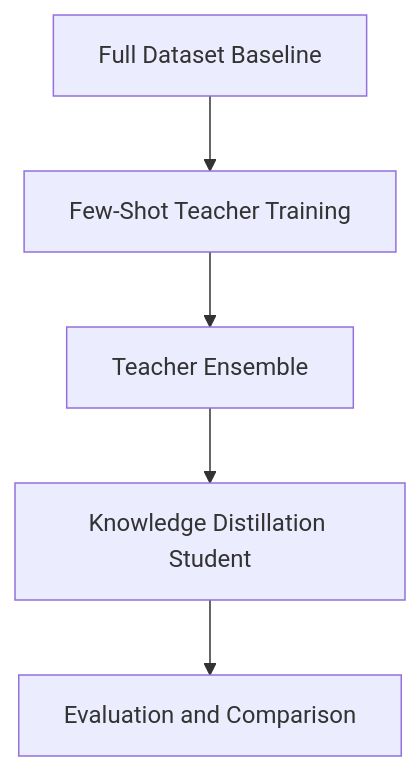
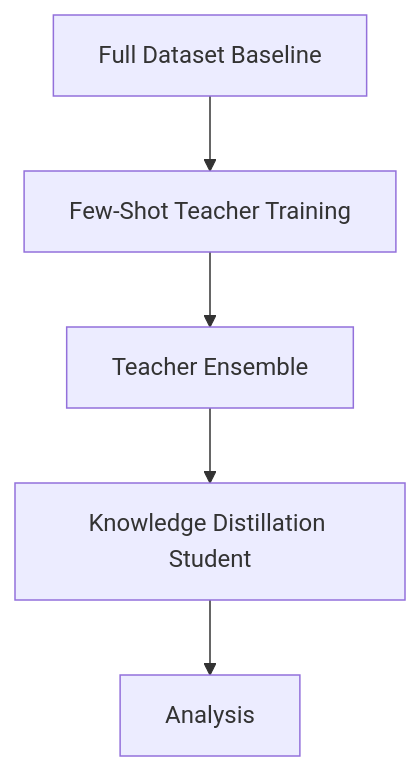
The diagram in README.md (tarkojev/academicai), drawn with Mermaid before and after one commit. The commit also changed other lines of this file and 13365 other files, not shown here.

````diff
--- a/README.md
+++ b/README.md
@@ -17,7 +17,7 @@
 ```mermaid
 graph TD
     A[Full Dataset Baseline] --> B[Few-Shot Teacher Training]
     B --> C[Teacher Ensemble]
     C --> D[Knowledge Distillation Student]
-    D --> E[Evaluation and Comparison]
+    D --> E[Analysis]
 ```
````
